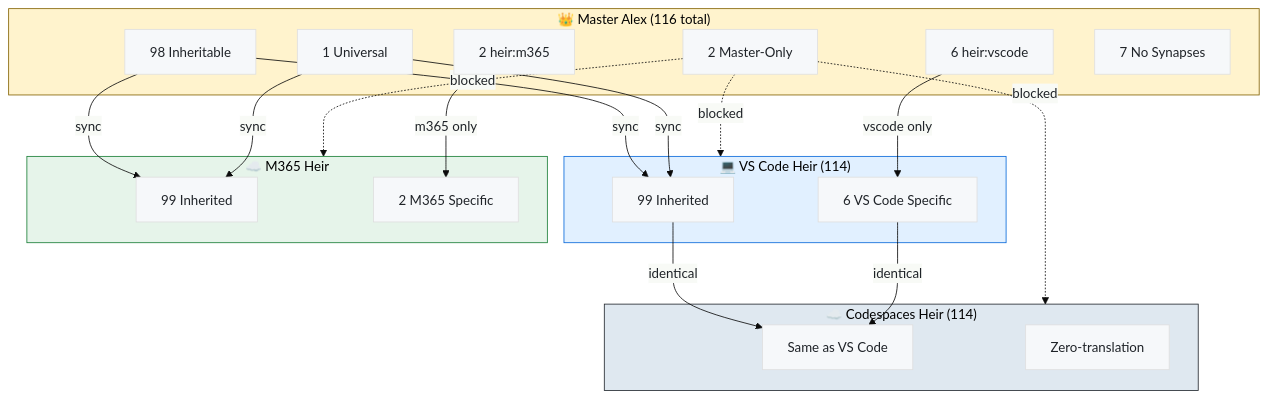
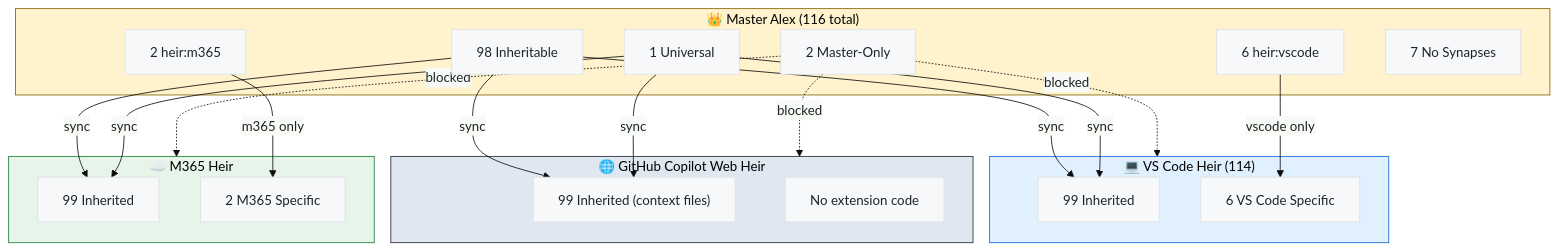
Before and after one commit to fabioc-aloha/Alex_Plug_In: the sixth of 6 diagrams in alex_docs/skills/SKILLS-CATALOG.md, drawn with Mermaid. The commit also changed other lines of this file and 260 other files, not shown here.

````diff
--- a/alex_docs/skills/SKILLS-CATALOG.md
+++ b/alex_docs/skills/SKILLS-CATALOG.md
@@ -852,41 +867,41 @@
 ```mermaid
 %%{init: {'theme': 'base', 'themeVariables': { 'primaryColor': '#f6f8fa', 'primaryTextColor': '#1f2328'}}}%%
 flowchart TB
     subgraph Master["👑 Master Alex (116 total)"]
         M_INH["98 Inheritable"]
         M_UNI["1 Universal"]
         M_ONLY["2 Master-Only"]
         M_HV["6 heir:vscode"]
         M_HM["2 heir:m365"]
         M_NOSYN["7 No Synapses"]
     end
 
     subgraph VSCode["💻 VS Code Heir (114)"]
         V_INH["99 Inherited"]
         V_OWN["6 VS Code Specific"]
     end
 
-    subgraph Codespaces["☁️ Codespaces Heir (114)"]
-        CS_INH["Same as VS Code"]
-        CS_NOTE["Zero-translation"]
+    subgraph WebHeir["🌐 GitHub Copilot Web Heir"]
+        W_INH["99 Inherited (context files)"]
+        W_NOTE["No extension code"]
     end
 
     subgraph M365["☁️ M365 Heir"]
         M365_INH["99 Inherited"]
         M365_OWN["2 M365 Specific"]
     end
 
     M_INH & M_UNI -->|"sync"| V_INH
     M_INH & M_UNI -->|"sync"| M365_INH
+    M_INH & M_UNI -->|"sync"| W_INH
     M_HV -->|"vscode only"| V_OWN
     M_HM -->|"m365 only"| M365_OWN
-    V_INH & V_OWN -->|"identical"| CS_INH
     M_ONLY -.->|"blocked"| VSCode
     M_ONLY -.->|"blocked"| M365
-    M_ONLY -.->|"blocked"| Codespaces
+    M_ONLY -.->|"blocked"| WebHeir
 
     style Master fill:#fff3cd,stroke:#856404
     style VSCode fill:#e1f0ff,stroke:#0969da
-    style Codespaces fill:#dfe8f0,stroke:#24292f
+    style WebHeir fill:#dfe8f0,stroke:#24292f
     style M365 fill:#e6f4ea,stroke:#1a7f37
 ```
````
